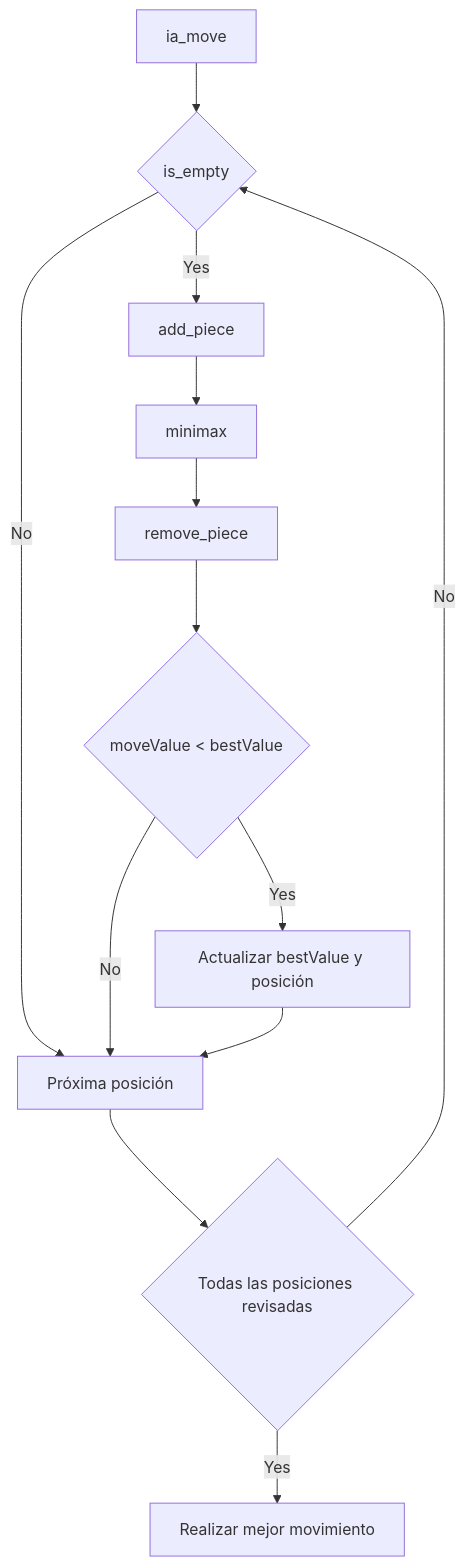
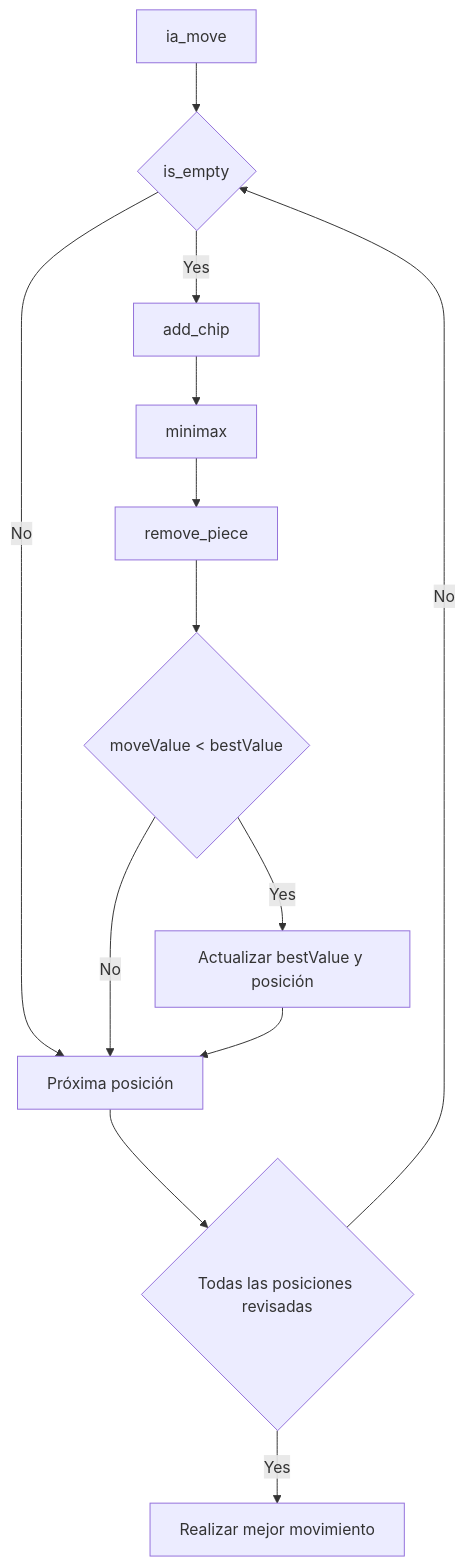
One commit to abelranni/lenguajes-estructurados changed the first of 7 diagrams in programas/tateti/doc/diagramas.md. Above: the diagram before and after it, drawn with Mermaid. The commit also changed other lines of this file and 24 other files, not shown here.

````diff
--- a/programas/tateti/doc/diagramas.md
+++ b/programas/tateti/doc/diagramas.md
@@ -7,15 +7,15 @@
 ```mermaid
 graph TD
     A[ia_move] --> B{is_empty}
-    B -->|Yes| C[add_piece]
+    B -->|Yes| C[add_chip]
     B -->|No| D[Próxima posición]
     C --> E[minimax]
     E --> F[remove_piece]
     F --> G{moveValue < bestValue}
     G -->|Yes| H[Actualizar bestValue y posición]
     G -->|No| D
     H --> D
     D --> I{Todas las posiciones revisadas}
     I -->|Yes| J[Realizar mejor movimiento]
     I -->|No| B
 ```
````
